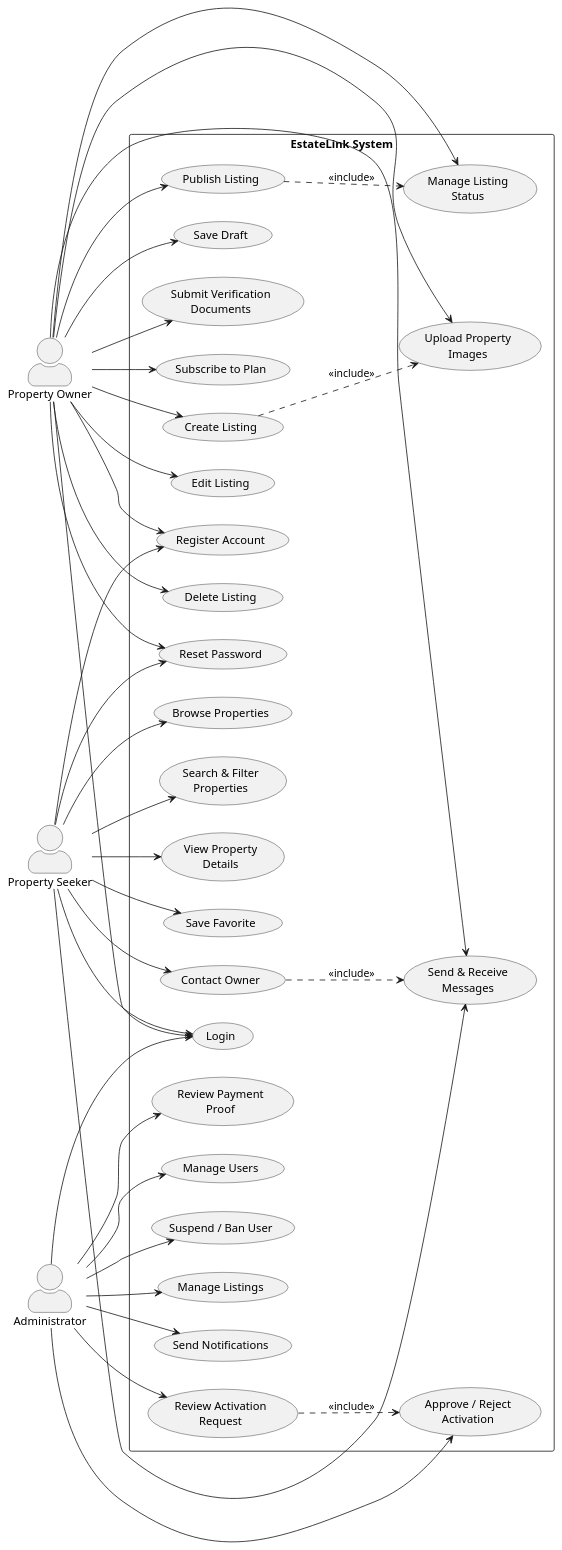
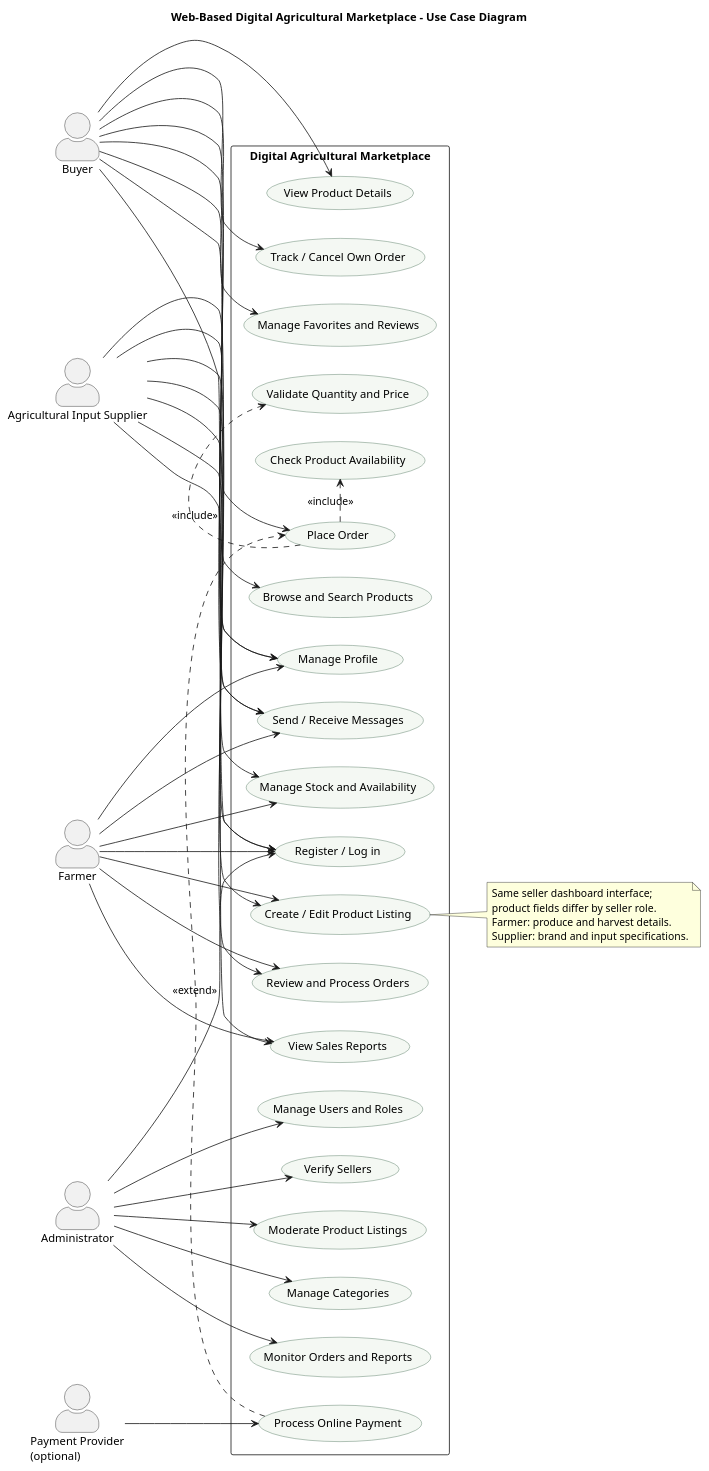
The diagram in Ethiopian-real-estate/backend/estate-link-test.puml (ethio-dev-2025/Ethiopian_real_estate), drawn with PlantUML before and after one commit. The commit also changed 11 other files, not shown here.

```diff
--- a/Ethiopian-real-estate/backend/estate-link-test.puml
+++ b/Ethiopian-real-estate/backend/estate-link-test.puml
@@ -1,118 +1,87 @@
-@startuml EstateLink_Use_Case
-
+@startuml UseCaseDiagram
+title Web-Based Digital Agricultural Marketplace - Use Case Diagram
 left to right direction
-
+skinparam shadowing false
 skinparam packageStyle rectangle
+skinparam usecase {
+  BackgroundColor #F4F8F3
+  BorderColor #426B52
+}
 skinparam actorStyle awesome
 
- 
+actor Buyer
+actor Farmer
+actor "Agricultural Input Supplier" as Supplier
+actor Administrator as Admin
+actor "Payment Provider\n(optional)" as Payment
 
-' =========================
-' ACTORS
-' =========================
+rectangle "Digital Agricultural Marketplace" {
+  usecase "Register / Log in" as UCAuth
+  usecase "Manage Profile" as UCProfile
+  usecase "Browse and Search Products" as UCBrowse
+  usecase "View Product Details" as UCDetails
+  usecase "Place Order" as UCOrder
+  usecase "Track / Cancel Own Order" as UCTrack
+  usecase "Manage Favorites and Reviews" as UCFav
+  usecase "Send / Receive Messages" as UCMessage
 
-actor "Property Owner" as Owner
-actor "Property Seeker" as Seeker
-actor "Administrator" as Admin
+  usecase "Create / Edit Product Listing" as UCListing
+  usecase "Manage Stock and Availability" as UCStock
+  usecase "Review and Process Orders" as UCProcess
+  usecase "View Sales Reports" as UCSales
 
+  usecase "Manage Users and Roles" as UCUsers
+  usecase "Verify Sellers" as UCVerify
+  usecase "Moderate Product Listings" as UCModerate
+  usecase "Manage Categories" as UCCategories
+  usecase "Monitor Orders and Reports" as UCAdminReports
 
-' =========================
-' SYSTEM
-' =========================
-
-rectangle "EstateLink System" {
-
-    ' --- Authentication ---
-    usecase "Register Account" as UC_Register
-    usecase "Login" as UC_Login
-    usecase "Reset Password" as UC_Reset
-
-    ' --- Property Seeker ---
-    usecase "Browse Properties" as UC_Browse
-    usecase "Search & Filter\nProperties" as UC_Search
-    usecase "View Property\nDetails" as UC_View
-    usecase "Save Favorite" as UC_Favorite
-    usecase "Contact Owner" as UC_Contact
-    usecase "Send & Receive\nMessages" as UC_Message
-
-    ' --- Property Owner ---
-    usecase "Create Listing" as UC_Create
-    usecase "Edit Listing" as UC_Edit
-    usecase "Delete Listing" as UC_Delete
-    usecase "Publish Listing" as UC_Publish
-    usecase "Save Draft" as UC_Draft
-    usecase "Upload Property\nImages" as UC_Images
-    usecase "Manage Listing\nStatus" as UC_Status
-    usecase "Submit Verification\nDocuments" as UC_Verify
-    usecase "Subscribe to Plan" as UC_Subscribe
-
-    ' --- Administrator ---
-    usecase "Review Activation\nRequest" as UC_Review
-    usecase "Approve / Reject\nActivation" as UC_Approve
-    usecase "Review Payment\nProof" as UC_Payment
-    usecase "Manage Users" as UC_Users
-    usecase "Suspend / Ban User" as UC_Ban
-    usecase "Manage Listings" as UC_ManageListings
-    usecase "Send Notifications" as UC_Notify
+  usecase "Validate Quantity and Price" as UCValidate
+  usecase "Check Product Availability" as UCAvailability
+  usecase "Process Online Payment" as UCPayment
 }
 
+Buyer --> UCAuth
+Buyer --> UCProfile
+Buyer --> UCBrowse
+Buyer --> UCDetails
+Buyer --> UCOrder
+Buyer --> UCTrack
+Buyer --> UCFav
+Buyer --> UCMessage
 
-' =========================
-' PROPERTY SEEKER
-' =========================
+Farmer --> UCAuth
+Farmer --> UCProfile
+Farmer --> UCListing
+Farmer --> UCStock
+Farmer --> UCProcess
+Farmer --> UCMessage
+Farmer --> UCSales
 
-Seeker --> UC_Register
-Seeker --> UC_Login
-Seeker --> UC_Reset
-Seeker --> UC_Browse
-Seeker --> UC_Search
-Seeker --> UC_View
-Seeker --> UC_Favorite
-Seeker --> UC_Contact
-Seeker --> UC_Message
+Supplier --> UCAuth
+Supplier --> UCProfile
+Supplier --> UCListing
+Supplier --> UCStock
+Supplier --> UCProcess
+Supplier --> UCMessage
+Supplier --> UCSales
 
+Admin --> UCAuth
+Admin --> UCUsers
+Admin --> UCVerify
+Admin --> UCModerate
+Admin --> UCCategories
+Admin --> UCAdminReports
 
-' =========================
-' PROPERTY OWNER
-' =========================
+UCOrder .> UCValidate : <<include>>
+UCOrder .> UCAvailability : <<include>>
+UCPayment .> UCOrder : <<extend>>
+Payment --> UCPayment
 
-Owner --> UC_Register
-Owner --> UC_Login
-Owner --> UC_Reset
-
-Owner --> UC_Create
-Owner --> UC_Edit
-Owner --> UC_Delete
-Owner --> UC_Publish
-Owner --> UC_Draft
-Owner --> UC_Images
-Owner --> UC_Status
-Owner --> UC_Verify
-Owner --> UC_Subscribe
-Owner --> UC_Message
-
-
-' =========================
-' ADMINISTRATOR
-' =========================
-
-Admin --> UC_Login
-Admin --> UC_Review
-Admin --> UC_Approve
-Admin --> UC_Payment
-Admin --> UC_Users
-Admin --> UC_Ban
-Admin --> UC_ManageListings
-Admin --> UC_Notify
-
-
-' =========================
-' INCLUDE RELATIONSHIPS
-' =========================
-
-UC_Create ..> UC_Images : <<include>>
-UC_Publish ..> UC_Status : <<include>>
-UC_Review ..> UC_Approve : <<include>>
-UC_Contact ..> UC_Message : <<include>>
-
+note right of UCListing
+Same seller dashboard interface;
+product fields differ by seller role.
+Farmer: produce and harvest details.
+Supplier: brand and input specifications.
+end note
 @enduml
```
